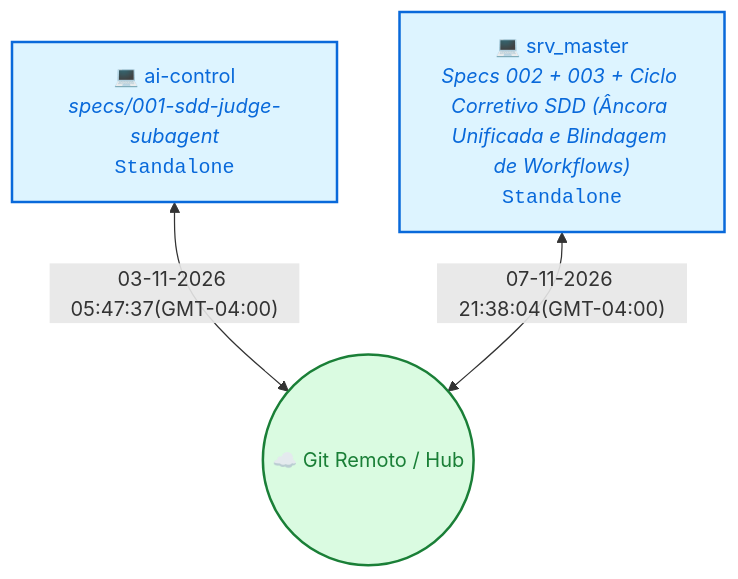
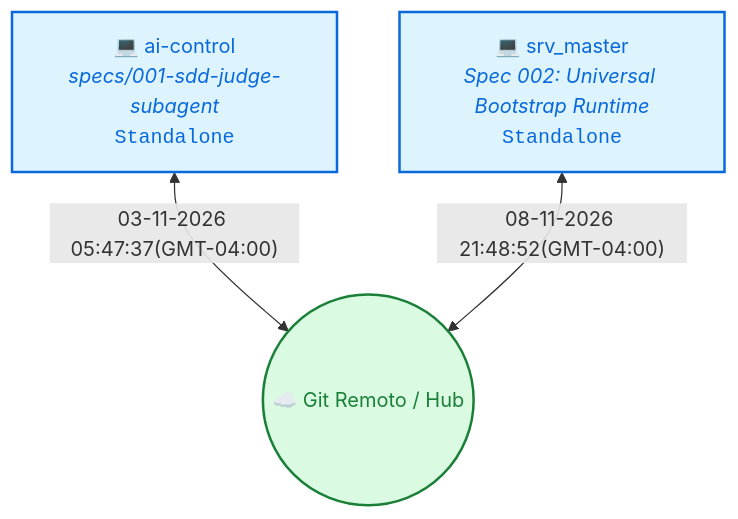
One commit to andreticba/vitalia-spec-kit-context changed the diagram in README.md. Above: the diagram before and after it, drawn with Mermaid. The commit also changed other lines of this file and 11 other files, not shown here.

````diff
--- a/README.md
+++ b/README.md
@@ -20,11 +20,11 @@
 ```mermaid
 flowchart TD
   Cloud(("☁️ Git Remoto / Hub"))
   M_17a6f667["💻 ai-control<br/><i>specs/001-sdd-judge-subagent</i><br/><code>Standalone</code>"]
   M_17a6f667 <-->|"03-11-2026 05:47:37(GMT-04:00)"| Cloud
   style M_17a6f667 stroke:#0969da,stroke-width:2px,fill:#ddf4ff,color:#0969da
-  M_eb10269b["💻 srv_master<br/><i>Specs 002 + 003 + Ciclo Corretivo SDD (Âncora Unificada e Blindagem de Workflows)</i><br/><code>Standalone</code>"]
-  M_eb10269b <-->|"07-11-2026 21:38:04(GMT-04:00)"| Cloud
+  M_eb10269b["💻 srv_master<br/><i>Spec 002: Universal Bootstrap Runtime</i><br/><code>Standalone</code>"]
+  M_eb10269b <-->|"08-11-2026 21:48:52(GMT-04:00)"| Cloud
   style M_eb10269b stroke:#0969da,stroke-width:2px,fill:#ddf4ff,color:#0969da
   style Cloud stroke:#1a7f37,stroke-width:2px,fill:#dafbe1,color:#1a7f37
 ```
````
